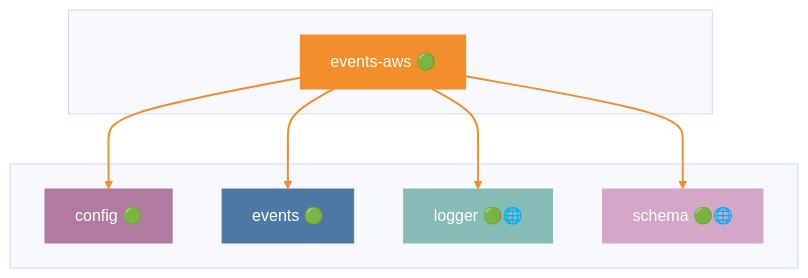
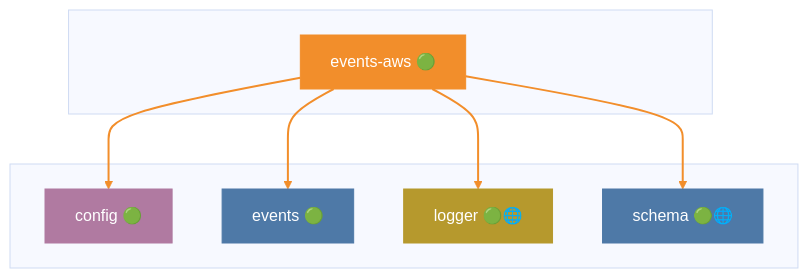
Diagram 21 of 48 in docs/DEPENDENCIES.md (grest-ts/grest-ts), drawn with Mermaid (base theme) before and after one commit. The commit also changed other lines of this file and 78 other files, not shown here.

````diff
--- a/docs/DEPENDENCIES.md
+++ b/docs/DEPENDENCIES.md
@@ -1141,25 +1147,25 @@
 ```mermaid
 flowchart TB
     subgraph Package[" "]
         events-aws["events-aws 🟢"]
     end
     subgraph Dependencies[" "]
         config["config 🟢"]
         events["events 🟢"]
         logger["logger 🟢🌐"]
         schema["schema 🟢🌐"]
     end
     events-aws --> config
     events-aws --> events
     events-aws --> logger
     events-aws --> schema
     style events-aws fill:#F28E2B,stroke:#F28E2B,color:#fff
     style config fill:#B07AA1,stroke:#B07AA1,color:#fff
     style events fill:#4E79A7,stroke:#4E79A7,color:#fff
-    style logger fill:#86BCB6,stroke:#86BCB6,color:#fff
-    style schema fill:#D4A6C8,stroke:#D4A6C8,color:#fff
+    style logger fill:#B6992D,stroke:#B6992D,color:#fff
+    style schema fill:#4E79A7,stroke:#4E79A7,color:#fff
     linkStyle 0 stroke:#F28E2B,stroke-width:2px
     linkStyle 1 stroke:#F28E2B,stroke-width:2px
     linkStyle 2 stroke:#F28E2B,stroke-width:2px
     linkStyle 3 stroke:#F28E2B,stroke-width:2px
 ```
````
